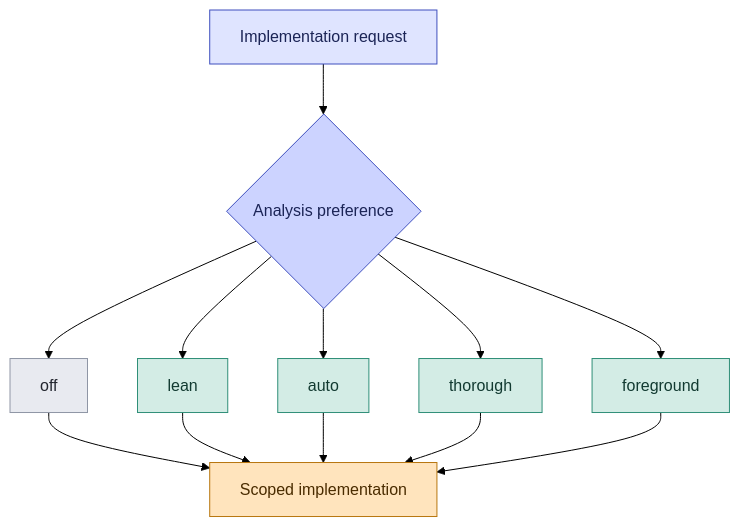
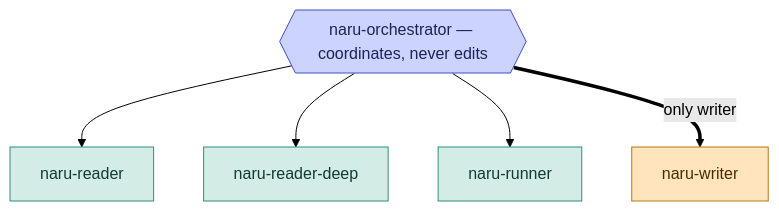
Before and after one commit to sean35mm/naru-opencode: the first of 2 diagrams in docs/src/content/docs/concepts/adaptive-delegation.md, drawn with Mermaid (forest theme). The commit also changed other lines of this file and 24 other files, not shown here.

First line of the commit message:
docs: rewrite documentation for the v-next architecture

````diff
--- a/docs/src/content/docs/concepts/adaptive-delegation.md
+++ b/docs/src/content/docs/concepts/adaptive-delegation.md
@@ -29,21 +10,15 @@
 ```mermaid
 flowchart TB
-  A["Implementation request"]:::entry
-  B{"Analysis preference"}:::coord
-  C["off"]:::gate
-  D["lean"]:::read
-  E["auto"]:::read
-  F["thorough"]:::read
-  G["foreground"]:::read
-  H["Scoped implementation"]:::write
+  ORC{{"naru-orchestrator — coordinates, never edits"}}:::coord
+  RD["naru-reader"]:::read
+  DP["naru-reader-deep"]:::read
+  RN["naru-runner"]:::read
+  WR["naru-writer"]:::write
 
-  A --> B
-  B --> C & D & E & F & G
-  C & D & E & F & G --> H
+  ORC --> RD & DP & RN
+  ORC ==>|"only writer"| WR
 
-  classDef entry fill:#dfe4ff,stroke:#3f4fbe,color:#1b2456
   classDef coord fill:#ccd3ff,stroke:#3f4fbe,color:#1b2456
   classDef read fill:#d3ece5,stroke:#2f8f78,color:#123a31
   classDef write fill:#ffe4bd,stroke:#b8760f,color:#4a2c00
-  classDef gate fill:#e8eaf0,stroke:#8f96a5,color:#22252e
 ```
````
